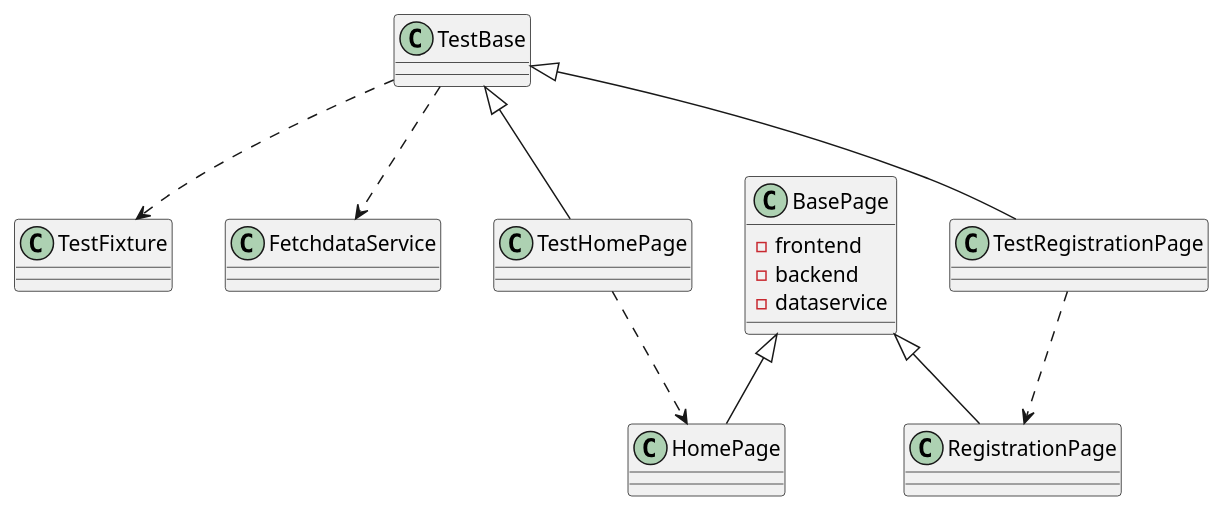
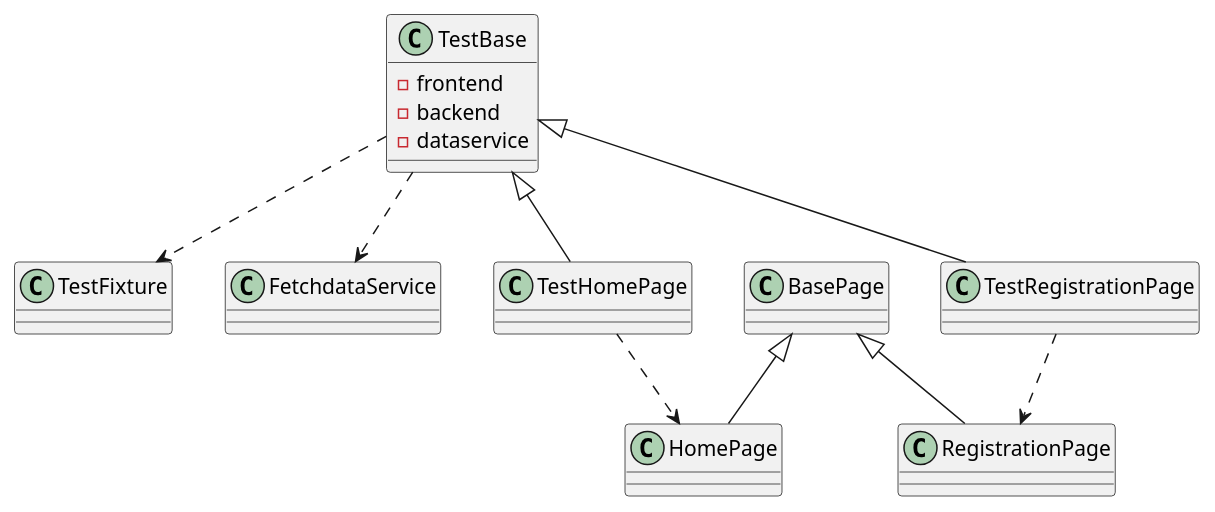
One commit to susmita-t/testautomation changed the diagram in class_diagram.puml. Above: the diagram before and after it, drawn with PlantUML.

```diff
--- a/class_diagram.puml
+++ b/class_diagram.puml
@@ -1,27 +1,27 @@
 @startuml
     class TestFixture
     class FetchdataService
     
     class BasePage
-        BasePage : -frontend
-        BasePage : -backend
-        BasePage : -dataservice
     class HomePage
     class RegistrationPage
     
     class TestBase
+        TestBase : -frontend
+        TestBase : -backend
+        TestBase : -dataservice
     class TestHomePage
     class TestRegistrationPage
     
     
     BasePage <|-- HomePage
     BasePage <|-- RegistrationPage
     TestBase <|-- TestHomePage
     TestBase <|-- TestRegistrationPage
     
     TestBase ..> TestFixture
     TestBase ..> FetchdataService
     
     TestHomePage ..> HomePage
     TestRegistrationPage ..> RegistrationPage
 @enduml
```
